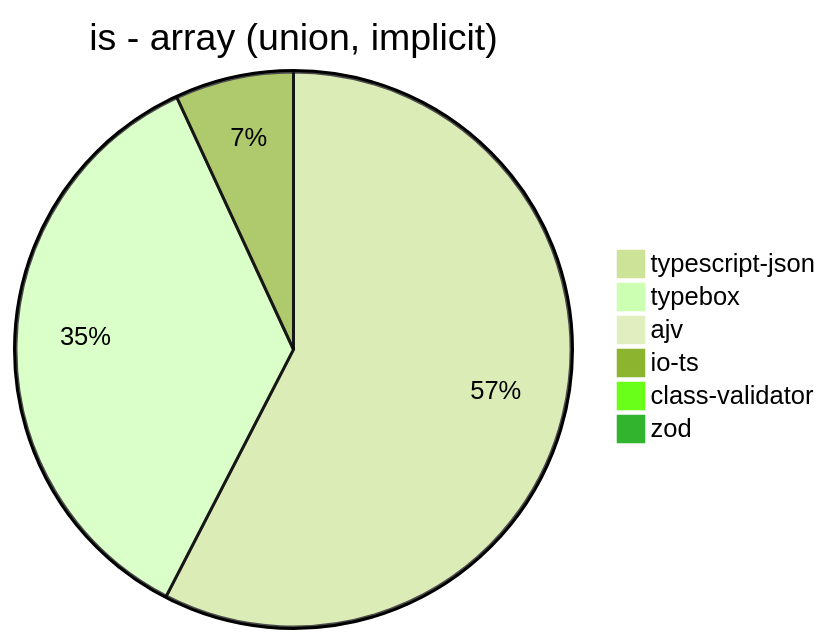
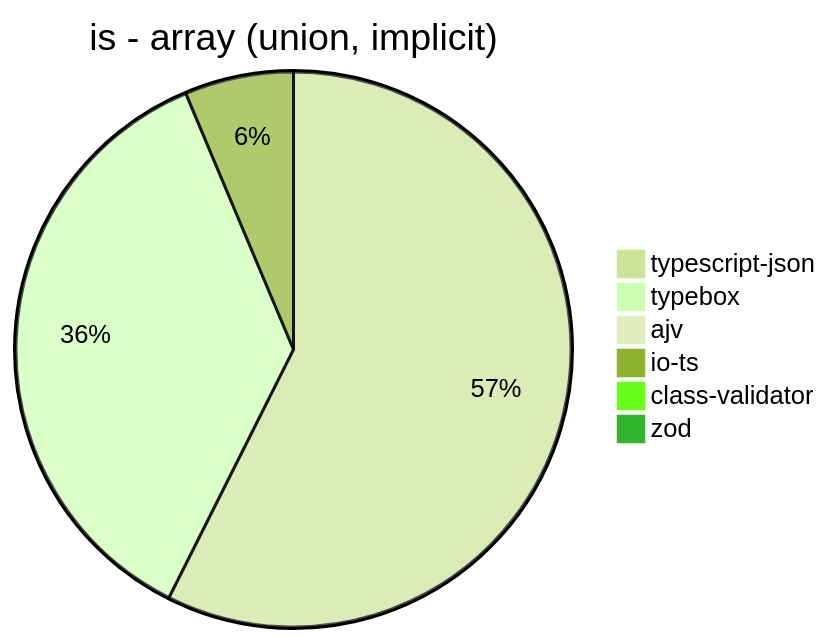
Before and after one commit to samchon/typia: the seventh of 39 diagrams in benchmark/results/AMD Ryzen 7 5800H with Radeon Graphics.md, drawn with Mermaid (forest theme). The commit also changed other lines of this file and 3 other files, not shown here.

````diff
--- a/benchmark/results/AMD Ryzen 7 5800H with Radeon Graphics.md
+++ b/benchmark/results/AMD Ryzen 7 5800H with Radeon Graphics.md
@@ -87,9 +87,9 @@
 ```mermaid
 pie title is - array (union, implicit)
-  "typescript-json": 3887.912482065997
-  "typebox": 2398.627341866073
+  "typescript-json": 3823.2295649007824
+  "typebox": 2414.997243153832
   "ajv": 0
-  "io-ts": 465.70193572636725
-  "class-validator": 8.304748149485468
-  "zod": 3.7664783427495294
+  "io-ts": 421.9674556213017
+  "class-validator": 8.397225264695145
+  "zod": 3.6087369420702755
 ```
````
